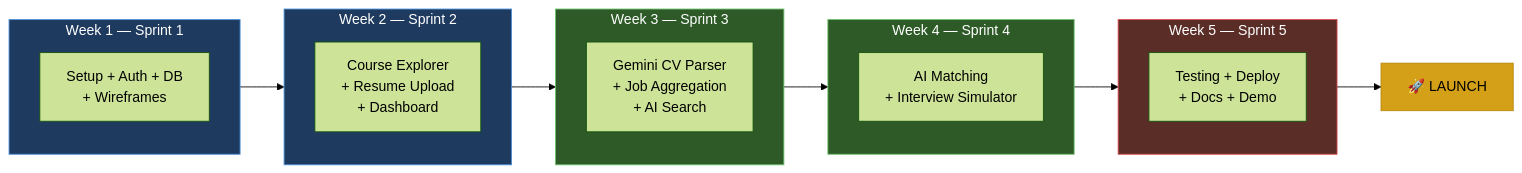
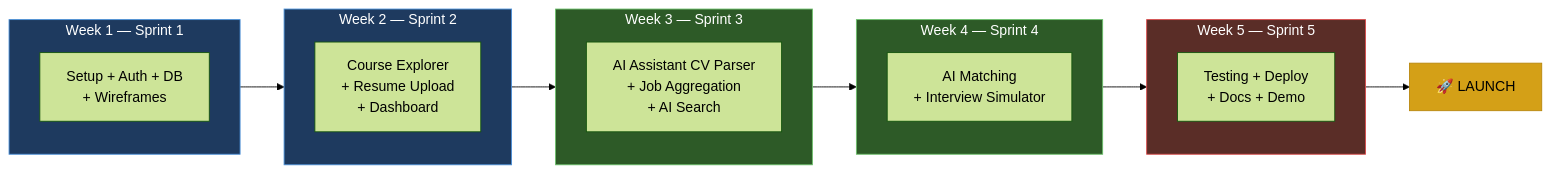
Before and after one commit to dyajaballh8/CareerPilot-AI: the tenth of 10 diagrams in docs/CareerPilot_AI_Plan.md, drawn with Mermaid (forest theme). The commit also changed other lines of this file and 24 other files, not shown here.

````diff
--- a/docs/CareerPilot_AI_Plan.md
+++ b/docs/CareerPilot_AI_Plan.md
@@ -534,27 +534,27 @@
 ```mermaid
 flowchart LR
     subgraph W1["Week 1 — Sprint 1"]
         W1A["Setup + Auth + DB<br/>+ Wireframes"]
     end
     subgraph W2["Week 2 — Sprint 2"]
         W2A["Course Explorer<br/>+ Resume Upload<br/>+ Dashboard"]
     end
     subgraph W3["Week 3 — Sprint 3"]
-        W3A["Gemini CV Parser<br/>+ Job Aggregation<br/>+ AI Search"]
+        W3A["AI Assistant CV Parser<br/>+ Job Aggregation<br/>+ AI Search"]
     end
     subgraph W4["Week 4 — Sprint 4"]
         W4A["AI Matching<br/>+ Interview Simulator"]
     end
     subgraph W5["Week 5 — Sprint 5"]
         W5A["Testing + Deploy<br/>+ Docs + Demo"]
     end
 
     W1 --> W2 --> W3 --> W4 --> W5 --> DONE["🚀 LAUNCH"]
 
     style W1 fill:#1e3a5f,stroke:#4a90d9,color:#fff
     style W2 fill:#1e3a5f,stroke:#4a90d9,color:#fff
     style W3 fill:#2d5a27,stroke:#6abf69,color:#fff
     style W4 fill:#2d5a27,stroke:#6abf69,color:#fff
     style W5 fill:#5a2d27,stroke:#d94a4a,color:#fff
     style DONE fill:#d4a017,stroke:#b8860b,color:#000
 ```
````
